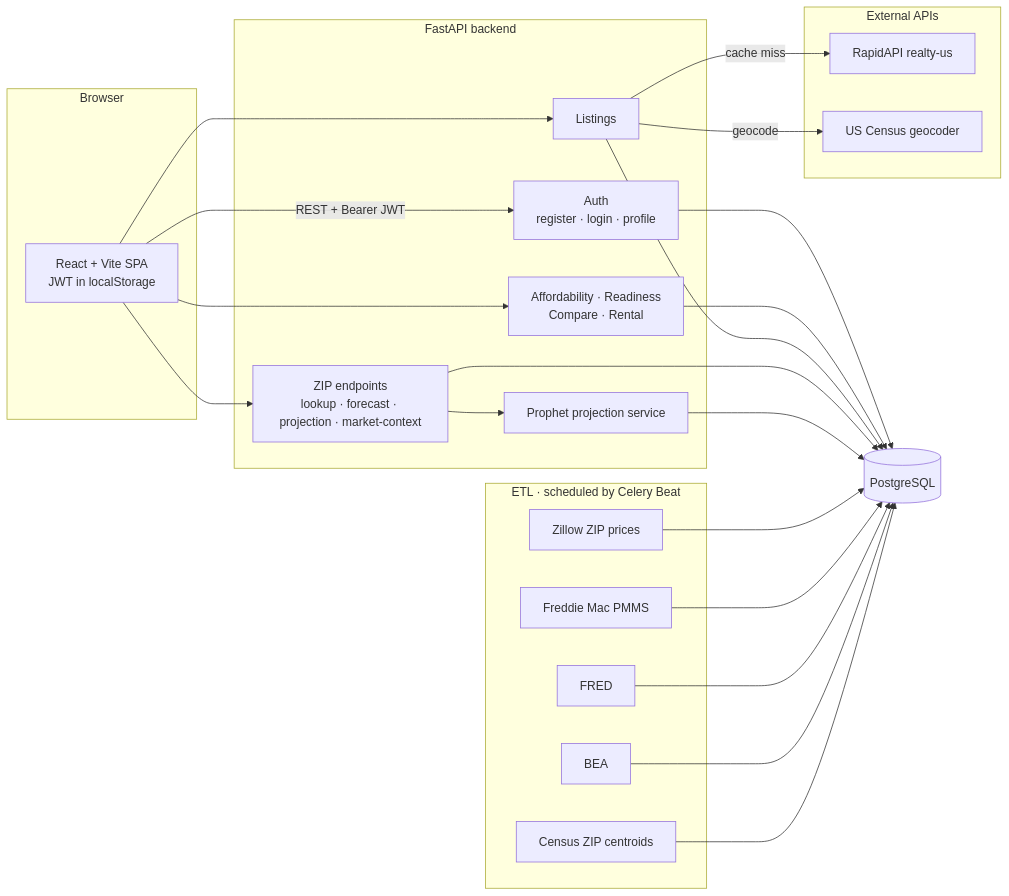
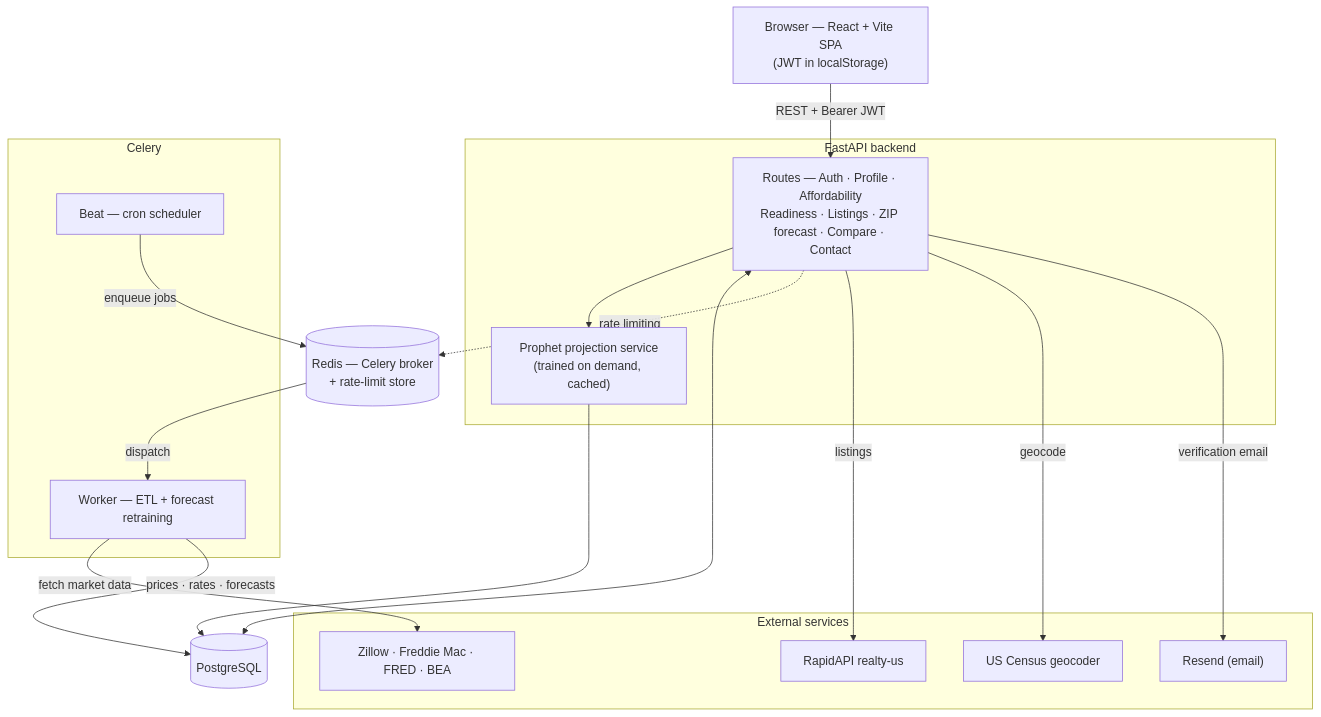
Before and after one commit to rahul-sg/Touse: the diagram in README.md, drawn with Mermaid. The commit also changed other lines of this file and 11 other files, not shown here.

Commit message:
added redis-backed rate limiting. capped refresh_zip_forecasts to limit celery's retrain task for the cached ZIPs

````diff
--- a/README.md
+++ b/README.md
@@ -22,47 +23,38 @@
 ```mermaid
-flowchart LR
-    subgraph client[Browser]
-        UI["React + Vite SPA<br/>JWT in localStorage"]
+flowchart TB
+    UI["Browser — React + Vite SPA<br/>(JWT in localStorage)"]
+
+    subgraph api[FastAPI backend]
+        ROUTES["Routes — Auth · Profile · Affordability<br/>Readiness · Listings · ZIP forecast · Compare · Contact"]
+        PROPHET["Prophet projection service<br/>(trained on demand, cached)"]
     end
 
-    subgraph api[FastAPI backend]
-        AUTH["Auth<br/>register · login · profile"]
-        CALC["Affordability · Readiness<br/>Compare · Rental"]
-        LIST["Listings"]
-        ZIPF["ZIP endpoints<br/>lookup · forecast · projection · market-context"]
-        PROPHET["Prophet projection service"]
+    subgraph jobs[Celery]
+        BEAT["Beat — cron scheduler"]
+        WORKER["Worker — ETL + forecast retraining"]
     end
 
     DB[("PostgreSQL")]
+    REDIS[("Redis — Celery broker<br/>+ rate-limit store")]
 
-    subgraph ext[External APIs]
+    subgraph ext[External services]
         RAPID["RapidAPI realty-us"]
         CENSUS["US Census geocoder"]
+        RESEND["Resend (email)"]
+        FEEDS["Zillow · Freddie Mac · FRED · BEA"]
     end
 
-    subgraph etl[ETL · scheduled by Celery Beat]
-        E1["Zillow ZIP prices"]
-        E2["Freddie Mac PMMS"]
-        E3["FRED"]
-        E4["BEA"]
-        E5["Census ZIP centroids"]
-    end
+    UI -->|"REST + Bearer JWT"| ROUTES
+    ROUTES --> PROPHET
+    ROUTES <--> DB
+    PROPHET --> DB
+    ROUTES -. rate limiting .-> REDIS
+    ROUTES -->|listings| RAPID
+    ROUTES -->|geocode| CENSUS
+    ROUTES -->|verification email| RESEND
 
-    UI -->|"REST + Bearer JWT"| AUTH
-    UI --> CALC
-    UI --> LIST
-    UI --> ZIPF
-    ZIPF --> PROPHET
-    AUTH --> DB
-    CALC --> DB
-    LIST --> DB
-    ZIPF --> DB
-    PROPHET --> DB
-    LIST -->|cache miss| RAPID
-    LIST -->|geocode| CENSUS
-    E1 --> DB
-    E2 --> DB
-    E3 --> DB
-    E4 --> DB
-    E5 --> DB
+    BEAT -->|enqueue jobs| REDIS
+    REDIS -->|dispatch| WORKER
+    WORKER -->|fetch market data| FEEDS
+    WORKER -->|prices · rates · forecasts| DB
 ```
````
